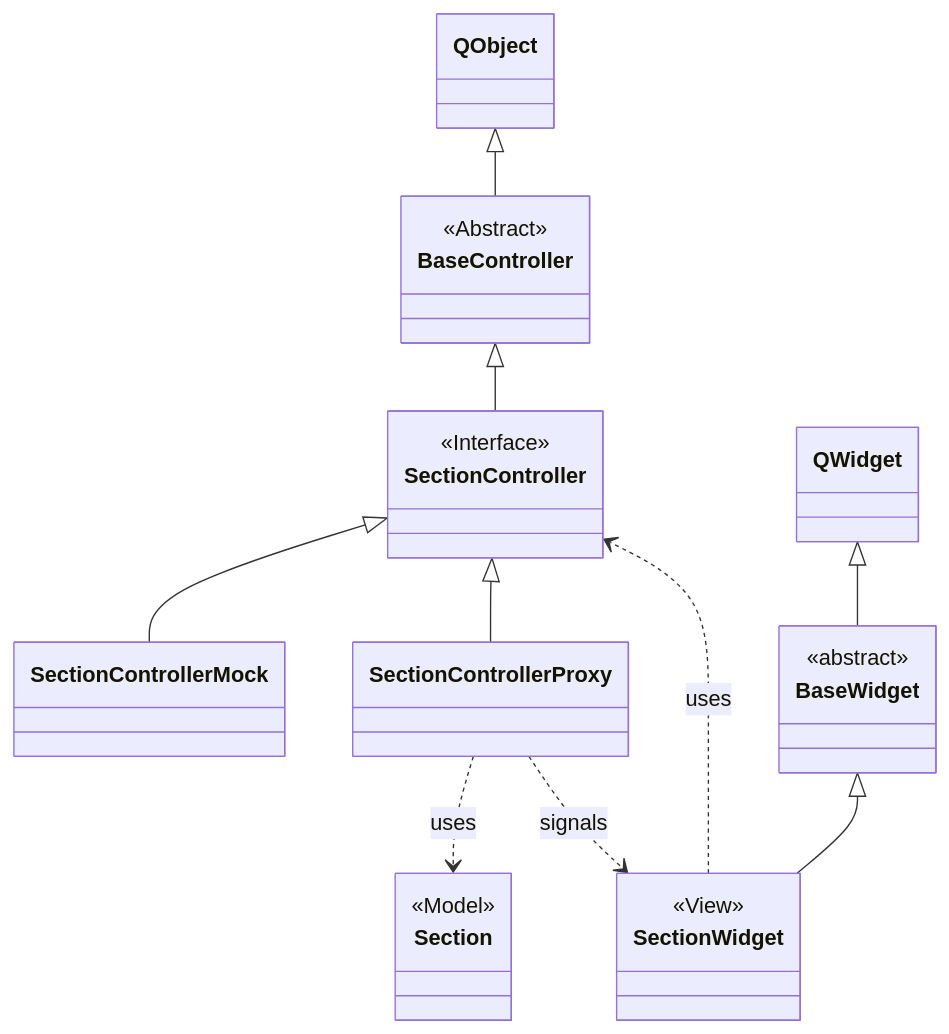
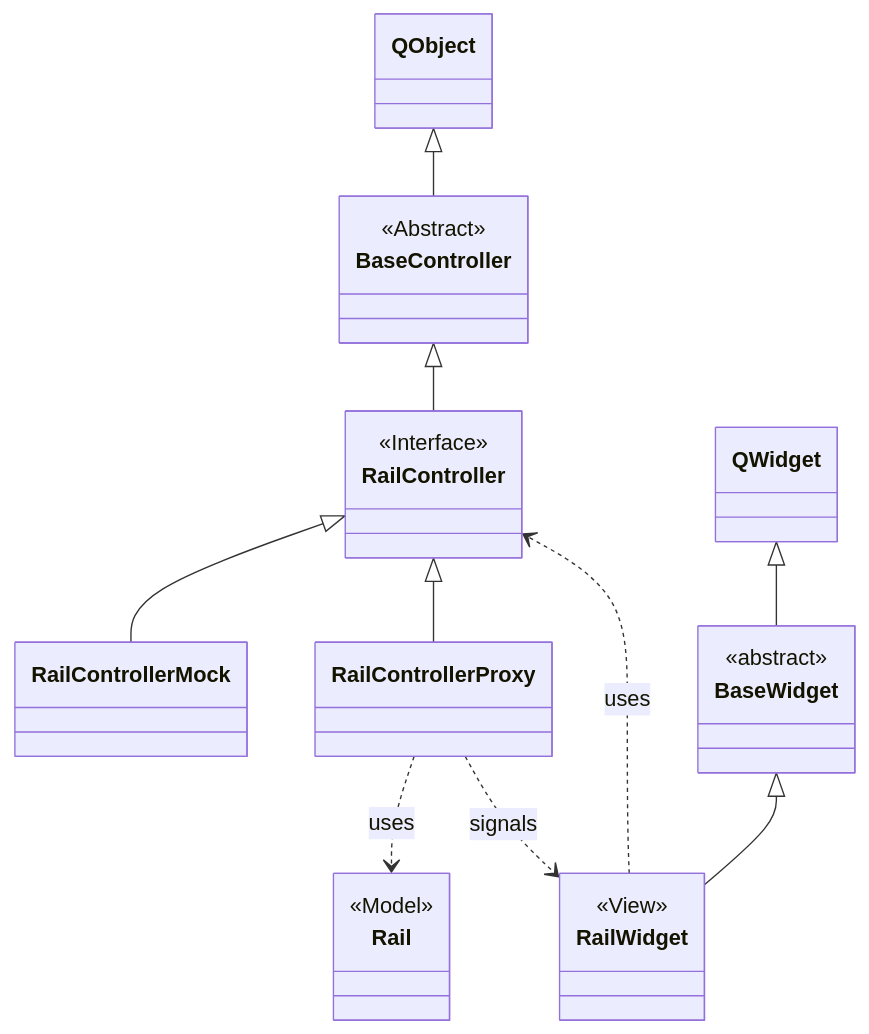
Before and after one commit to stmork/mrw-track-control-ng: the second of 2 diagrams in ctrl/README.md, drawn with Mermaid. The commit also changed other lines of this file and 9 other files, not shown here.

````diff
--- a/ctrl/README.md
+++ b/ctrl/README.md
@@ -39,31 +39,31 @@
 ```mermaid
 classDiagram
 
 class BaseController
 <<Abstract>> BaseController
 
-class SectionController
-<<Interface>> SectionController
+class RailController
+<<Interface>> RailController
 
 class BaseWidget
 <<abstract>> BaseWidget
 
-class SectionWidget
-<<View>> SectionWidget
+class RailWidget
+<<View>> RailWidget
 
-class Section
-<<Model>> Section
+class Rail
+<<Model>> Rail
 
 QObject <|-- BaseController
-BaseController <|-- SectionController
-BaseWidget <|-- SectionWidget
+BaseController <|-- RailController
+BaseWidget <|-- RailWidget
 
 QWidget <|-- BaseWidget
-SectionWidget ..> SectionController : uses
-SectionControllerProxy ..> Section : uses
-SectionControllerProxy ..> SectionWidget : signals
+RailWidget ..> RailController : uses
+RailControllerProxy ..> Rail : uses
+RailControllerProxy ..> RailWidget : signals
 
-SectionController <|-- SectionControllerMock
-SectionController <|-- SectionControllerProxy
+RailController <|-- RailControllerMock
+RailController <|-- RailControllerProxy
 
 ```
````
